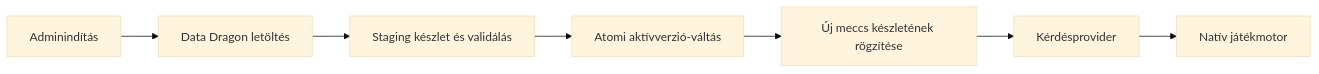
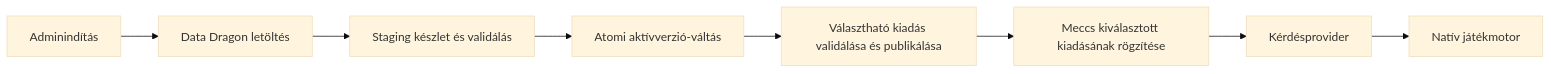
The diagram in docs/lol-champion-data.md (Naram99/rapidfire-self), drawn with Mermaid (base theme) before and after one commit. The commit also changed other lines of this file and 5 other files, not shown here.

````diff
--- a/docs/lol-champion-data.md
+++ b/docs/lol-champion-data.md
@@ -290,9 +304,10 @@
 ```mermaid
 flowchart LR
   A[Adminindítás] --> B[Data Dragon letöltés]
   B --> C[Staging készlet és validálás]
   C --> D[Atomi aktívverzió-váltás]
-  D --> E[Új meccs készletének rögzítése]
-  E --> F[Kérdésprovider]
+  D --> E[Választható kiadás validálása és publikálása]
+  E --> M[Meccs kiválasztott kiadásának rögzítése]
+  M --> F[Kérdésprovider]
   F --> G[Natív játékmotor]
 ```
````
